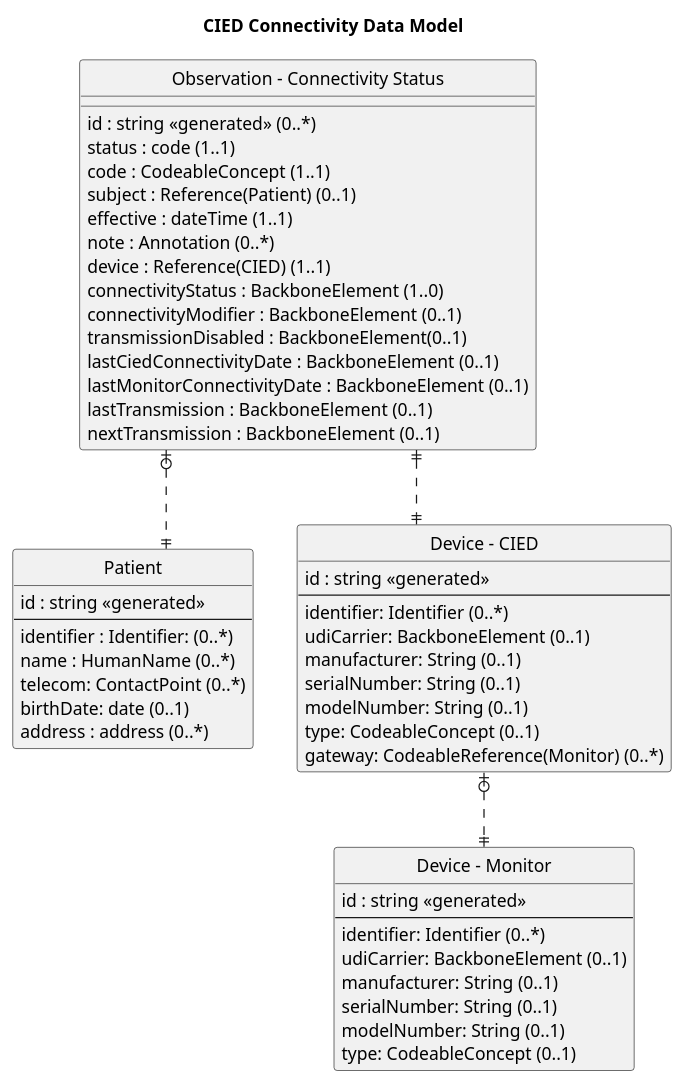
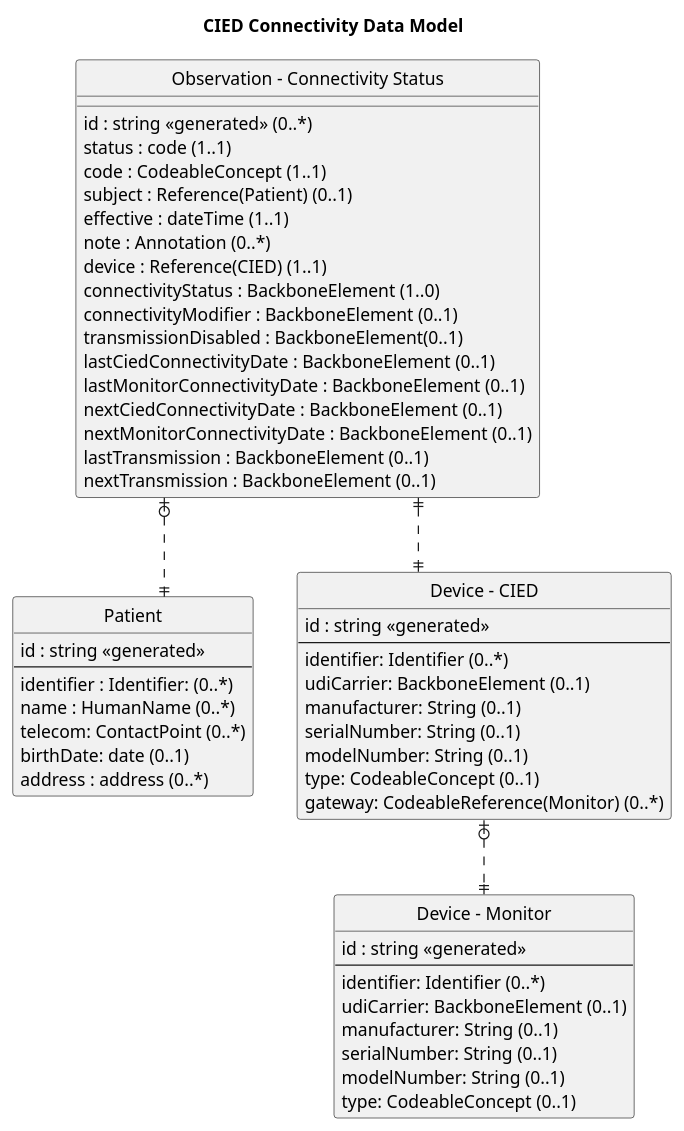
Before and after one commit to HL7/CardX-CIED: the diagram in input/images-source/data-model1.plantuml, drawn with PlantUML. The commit also changed 3 other files, not shown here.

```diff
--- a/input/images-source/data-model1.plantuml
+++ b/input/images-source/data-model1.plantuml
@@ -1,92 +1,94 @@
 @startuml
 title CIED Connectivity Data Model
 
 hide circle
 
 skinparam linetype ortho
 
 entity "Patient" as Patient {
   id : string <<generated>>
   --
   identifier : Identifier: (0..*)
   name : HumanName (0..*)
   telecom: ContactPoint (0..*)
   birthDate: date (0..1)
   address : address (0..*)   
 }
 
 entity "Device - CIED" as cied {
   id : string <<generated>>
   --
   identifier: Identifier (0..*)
   udiCarrier: BackboneElement (0..1)
   manufacturer: String (0..1)
   serialNumber: String (0..1)
   modelNumber: String (0..1)
   type: CodeableConcept (0..1)
   gateway: CodeableReference(Monitor) (0..*)
 }
 
 entity "Device - Monitor" as monitor {
   id : string <<generated>>
   --
   identifier: Identifier (0..*)
   udiCarrier: BackboneElement (0..1)
   manufacturer: String (0..1)
   serialNumber: String (0..1)
   modelNumber: String (0..1)
   type: CodeableConcept (0..1)
 }
 /' - 3/19/25 remove encounter and device association from connectivity use case
 entity "DeviceAssociation" as devassoc {
     id: id <<1..1>>
     --
     identifier: Identifier (0..*)
     device: Reference(Device) (1..1)
     status: CodeableConcept (1..1)
     subject: Reference(Patient) (0..1)   
 }
 '/
 
 entity "Observation - Connectivity Status" as Connectivity {
     id : string <<generated>> (0..*)
     status : code (1..1)
     code : CodeableConcept (1..1)
     subject : Reference(Patient) (0..1)
     effective : dateTime (1..1)
     note : Annotation (0..*)
     device : Reference(CIED) (1..1)
     connectivityStatus : BackboneElement (1..0)
     connectivityModifier : BackboneElement (0..1)
     transmissionDisabled : BackboneElement(0..1) 
     lastCiedConnectivityDate : BackboneElement (0..1)
     lastMonitorConnectivityDate : BackboneElement (0..1)
+    nextCiedConnectivityDate : BackboneElement (0..1)
+    nextMonitorConnectivityDate : BackboneElement (0..1)
     lastTransmission : BackboneElement (0..1)
     nextTransmission : BackboneElement (0..1)
 }
 /' - 3/19/25 remove encounter and device association from connectivity use case
 entity "Encounter" as Encounter {
   *id : string <<generated>>
   --
   identifier : Identifier: (1..*)
   status : Code (1..1)
   type: CodeableConcept (1..*)
   subject: Reference(Patient) (1..1) 
   participant: Reference(Device) (1..*)
   actualPeriod: Period (0..1)
   plannedStartDate (0..1)
 }
 '/
 
 Connectivity |o..|| Patient
 Connectivity ||..|| cied
 cied |o..|| monitor
 /' - 3/19/25 remove encounter and device association from connectivity
 devassoc ||..|| cied
 devassoc ||..o| Patient
 devassoc ||..o| monitor
 Encounter ||..|| Patient
 Encounter ||..|| cied
 Encounter ||..|| monitor
 '/
 @enduml
```
